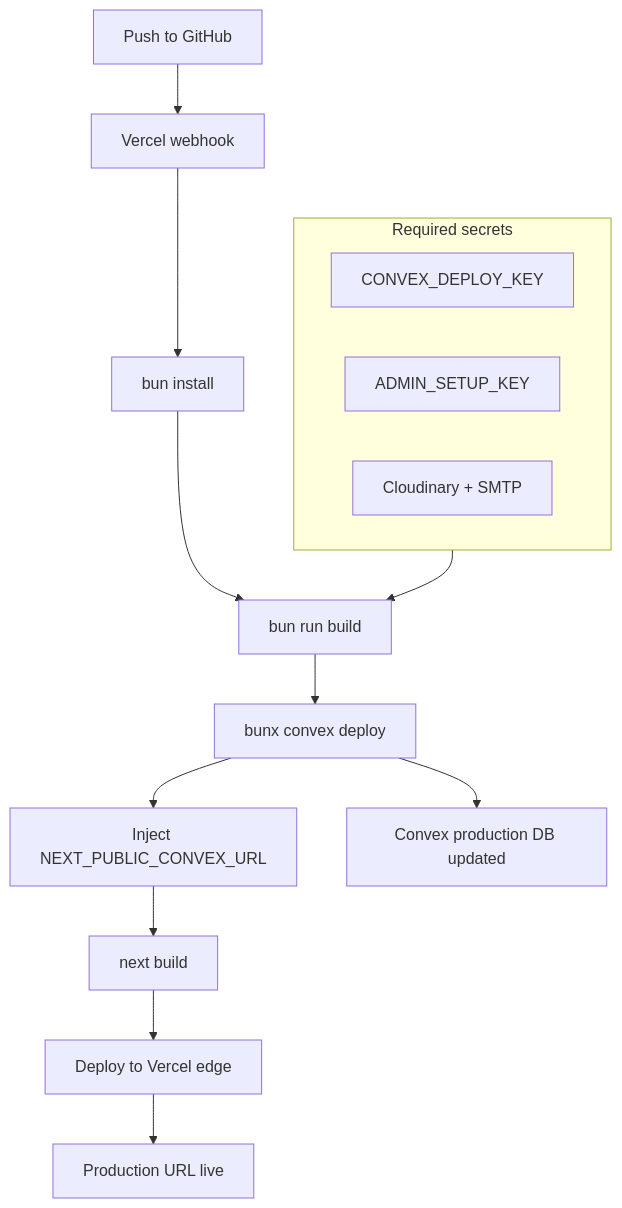
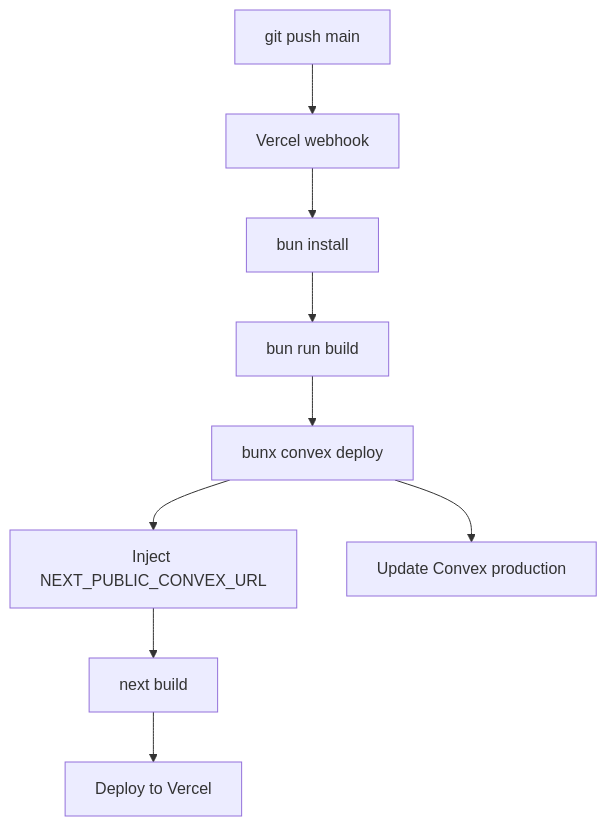
Diagram 11 of 15 in README.md (mawlid1431/Portfolio), drawn with Mermaid before and after one commit. The commit also changed other lines of this file, not shown here.

````diff
--- a/README.md
+++ b/README.md
@@ -426,20 +484,11 @@
 ```mermaid
 flowchart TD
-  A["Push to GitHub"] --> B["Vercel webhook"]
+  A["git push main"] --> B["Vercel webhook"]
   B --> C["bun install"]
   C --> D["bun run build"]
   D --> E["bunx convex deploy"]
   E --> F["Inject NEXT_PUBLIC_CONVEX_URL"]
   F --> G["next build"]
-  G --> H["Deploy to Vercel edge"]
-  H --> I["Production URL live"]
-  E --> J["Convex production DB updated"]
-
-  subgraph Env["Required secrets"]
-    K["CONVEX_DEPLOY_KEY"]
-    L["ADMIN_SETUP_KEY"]
-    M["Cloudinary + SMTP"]
-  end
-
-  Env --> D
+  G --> H["Deploy to Vercel"]
+  E --> I["Update Convex production"]
 ```
````
